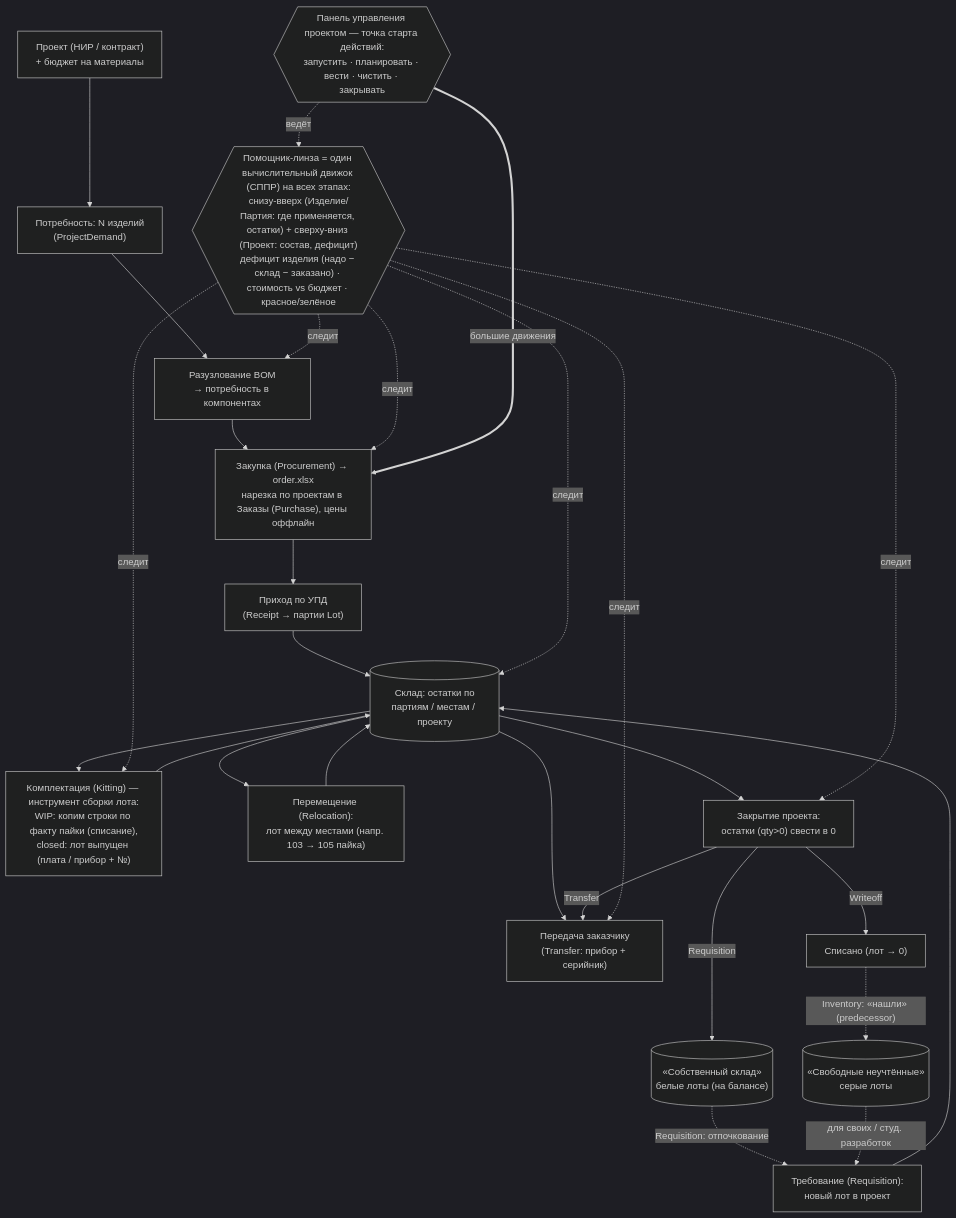
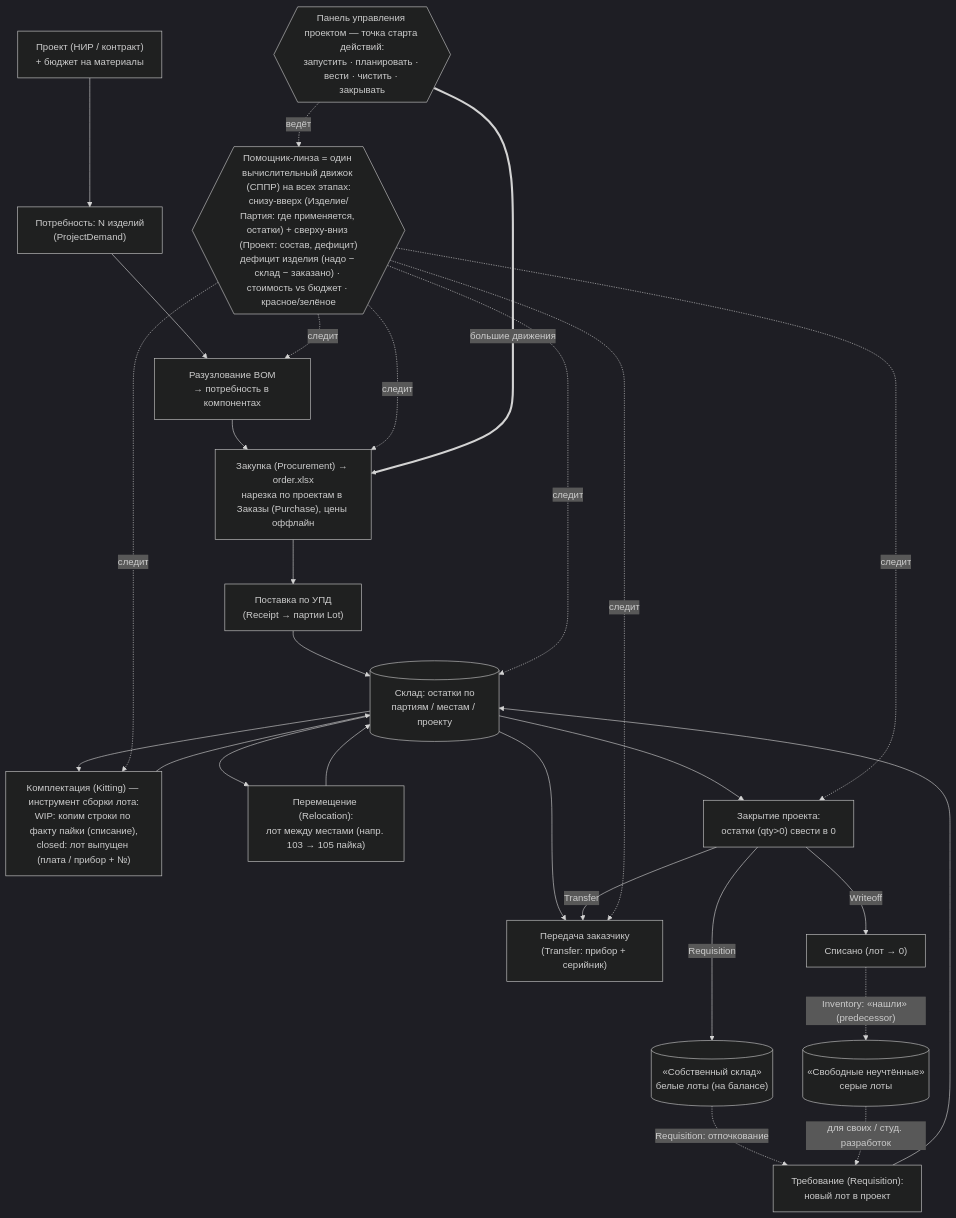
One commit to ivanpotylitcyn/plume changed the first of 2 diagrams in README.md. Above: the diagram before and after it, drawn with Mermaid (dark theme). The commit also changed other lines of this file and 17 other files, not shown here.

````diff
--- a/README.md
+++ b/README.md
@@ -89,36 +89,36 @@
 ```mermaid
 flowchart TD
   P["Проект (НИР / контракт)<br/>+ бюджет на материалы"] --> D["Потребность: N изделий<br/>(ProjectDemand)"]
   D --> B["Разузлование BOM<br/>→ потребность в компонентах"]
   B --> ORD["Закупка (Procurement) → order.xlsx<br/>нарезка по проектам в Заказы (Purchase), цены оффлайн"]
-  ORD --> UPD["Приход по УПД<br/>(Receipt → партии Lot)"]
+  ORD --> UPD["Поставка по УПД<br/>(Receipt → партии Lot)"]
   UPD --> W
 
   W[("Склад: остатки по<br/>партиям / местам / проекту")]
   W --> KIT["Комплектация (Kitting) — инструмент сборки лота:<br/>WIP: копим строки по факту пайки (списание),<br/>closed: лот выпущен (плата / прибор + №)"]
   KIT --> W
   W --> REL["Перемещение (Relocation):<br/>лот между местами (напр. 103 → 105 пайка)"]
   REL --> W
   W --> T["Передача заказчику<br/>(Transfer: прибор + серийник)"]
 
   W --> CLOSE["Закрытие проекта:<br/>остатки (qty>0) свести в 0"]
   CLOSE -->|Transfer| T
   CLOSE -->|Writeoff| WOFF["Списано (лот → 0)"]
   CLOSE -->|Requisition| WHITE[("«Собственный склад»<br/>белые лоты (на балансе)")]
   WOFF -.->|"Inventory: «нашли» (predecessor)"| GRAY[("«Свободные неучтённые»<br/>серые лоты")]
 
   WHITE -.->|"Requisition: отпочкование"| REQ["Требование (Requisition):<br/>новый лот в проект"]
   GRAY -.->|"для своих / студ. разработок"| REQ
   REQ --> W
 
   LENS{{"Помощник-линза = один вычислительный движок (СППР) на всех этапах:<br/>снизу-вверх (Изделие/Партия: где применяется, остатки) + сверху-вниз (Проект: состав, дефицит)<br/>дефицит изделия (надо − склад − заказано) · стоимость vs бюджет · красное/зелёное"}}
   DASH{{"Панель управления проектом — точка старта действий:<br/>запустить · планировать · вести · чистить · закрывать"}}
   LENS -. следит .-> B
   LENS -. следит .-> ORD
   LENS -. следит .-> W
   LENS -. следит .-> KIT
   LENS -. следит .-> T
   LENS -. следит .-> CLOSE
   DASH -. ведёт .-> LENS
   DASH ==>|"большие движения"| ORD
 ```
````
